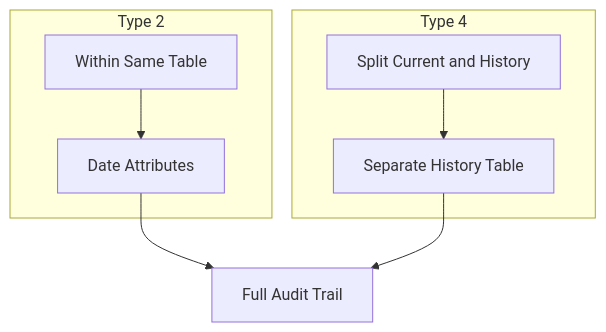
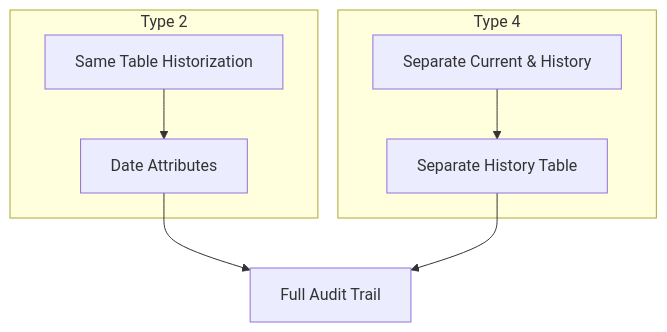
One commit to mgorav/MedallionArchitecture changed the tenth of 18 diagrams in readme.md. Above: the diagram before and after it, drawn with Mermaid. The commit also changed other lines of this file and 1 other file, not shown here.

````diff
--- a/readme.md
+++ b/readme.md
@@ -399,16 +228,15 @@
 ```mermaid
-
 graph TB
 
   subgraph Type 2
-  T2[Within Same Table]
+  T2[Same Table Historization]
   T2 --> D[Date Attributes]
   end
   
   subgraph Type 4
-  T4[Split Current and History]
+  T4[Separate Current & History]
   T4 --> SH[Separate History Table]  
   end
   
   D & SH --> A[Full Audit Trail]
 ```
````
